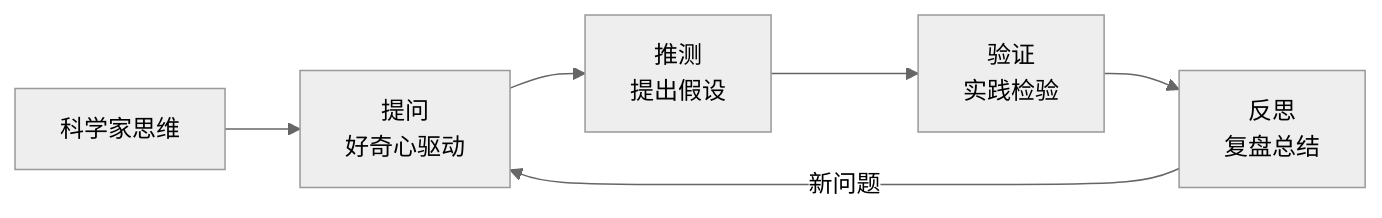
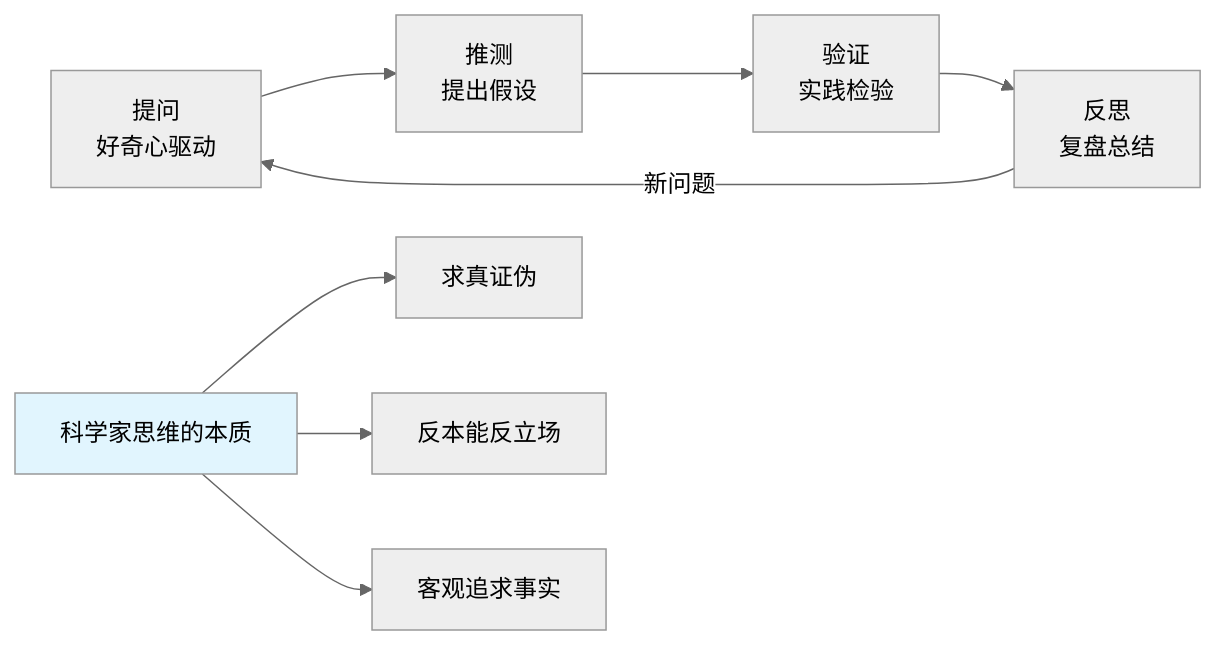
Before and after one commit to chongyang211/YCBookBlog: the first of 9 diagrams in 10.自我进阶提升书/07.底层思维的训练/7.5质疑精神的分析.md, drawn with Mermaid (neutral theme). The commit also changed other lines of this file and 6 other files, not shown here.

````diff
--- a/10.自我进阶提升书/07.底层思维的训练/7.5质疑精神的分析.md
+++ b/10.自我进阶提升书/07.底层思维的训练/7.5质疑精神的分析.md
@@ -11,8 +17,11 @@
 ```mermaid
 graph LR
-    A[科学家思维] --> B[提问<br>好奇心驱动]
-    B --> C[推测<br>提出假设]
-    C --> D[验证<br>实践检验]
-    D --> E[反思<br>复盘总结]
-    E --> |新问题| B
+    A[提问<br>好奇心驱动] --> B[推测<br>提出假设]
+    B --> C[验证<br>实践检验]
+    C --> D[反思<br>复盘总结]
+    D --> |新问题| A
+    E[科学家思维的本质] --> E1[求真证伪]
+    E --> E2[反本能反立场]
+    E --> E3[客观追求事实]
+    style E fill:#e1f5fe
 ```
````
